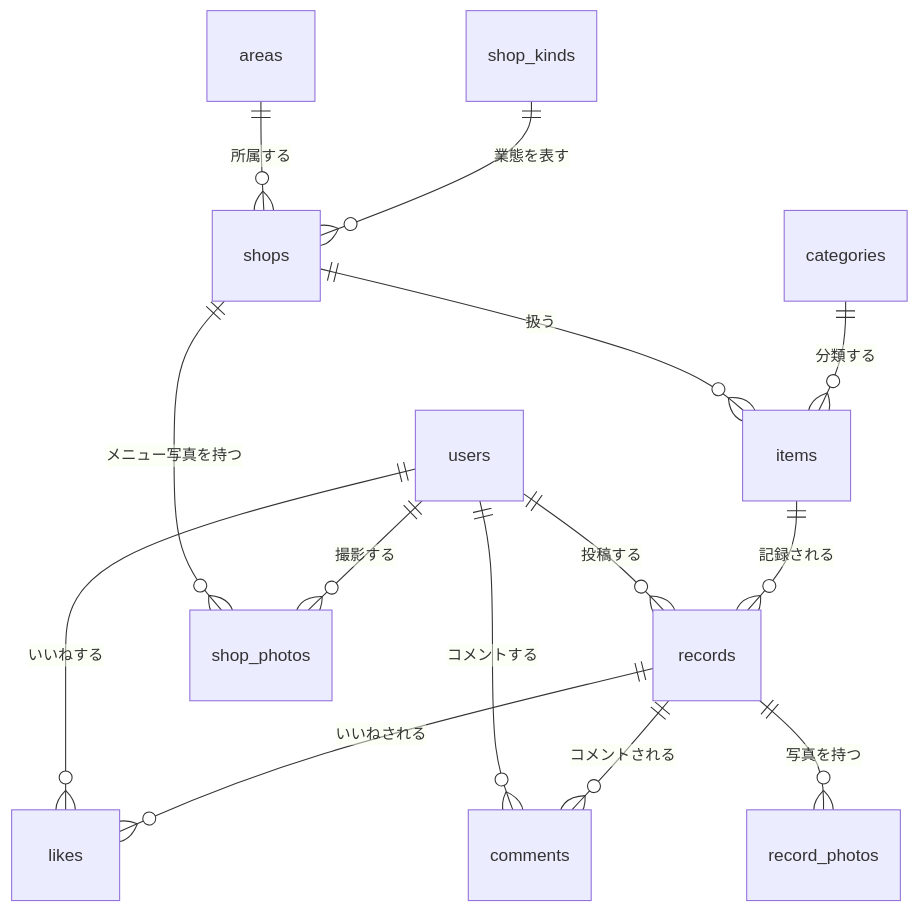
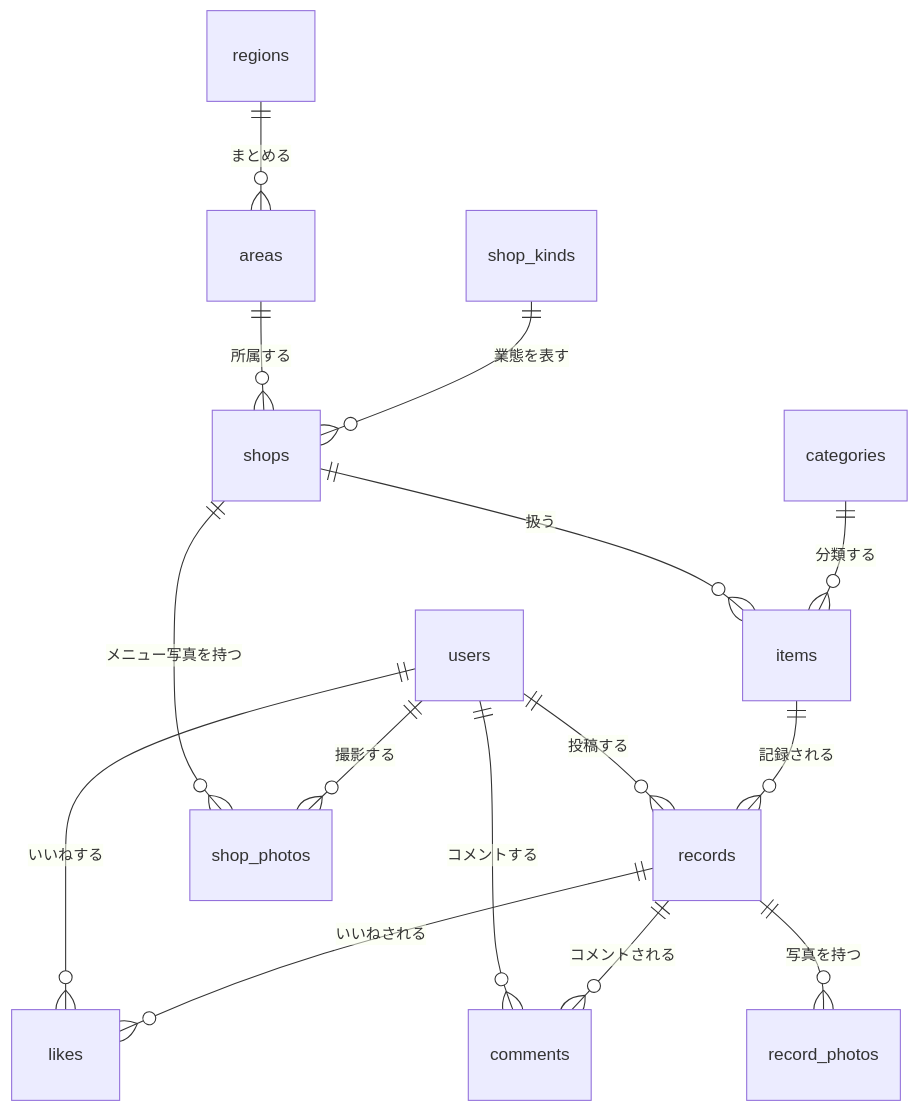
The diagram in docs/テーブル設計.md (saki-nakata/nani-tabeta), drawn with Mermaid before and after one commit. The commit also changed other lines of this file and 6 other files, not shown here.

````diff
--- a/docs/テーブル設計.md
+++ b/docs/テーブル設計.md
@@ -5,16 +5,17 @@
 ```mermaid
 erDiagram
     users      ||--o{ records  : "投稿する"
     users      ||--o{ likes    : "いいねする"
     users      ||--o{ comments : "コメントする"
     records    ||--o{ likes    : "いいねされる"
     records    ||--o{ comments : "コメントされる"
     records    ||--o{ record_photos : "写真を持つ"
     shops      ||--o{ shop_photos   : "メニュー写真を持つ"
     users      ||--o{ shop_photos   : "撮影する"
     shops      ||--o{ items    : "扱う"
     items      ||--o{ records  : "記録される"
     categories ||--o{ items    : "分類する"
+    regions    ||--o{ areas    : "まとめる"
     areas      ||--o{ shops    : "所属する"
     shop_kinds ||--o{ shops    : "業態を表す"
 ```
````
